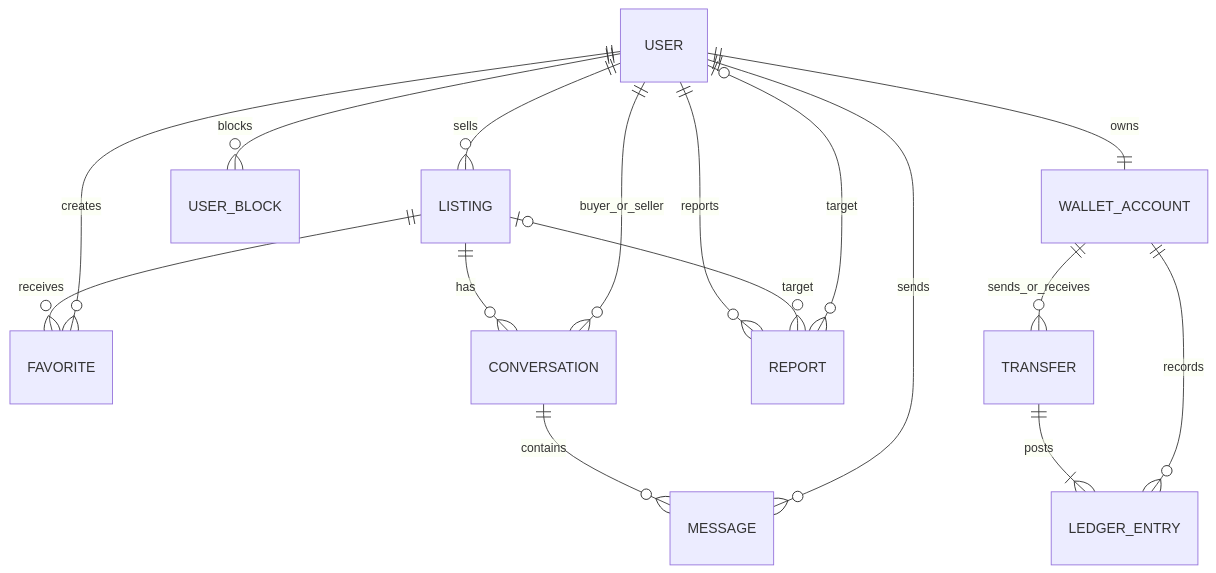
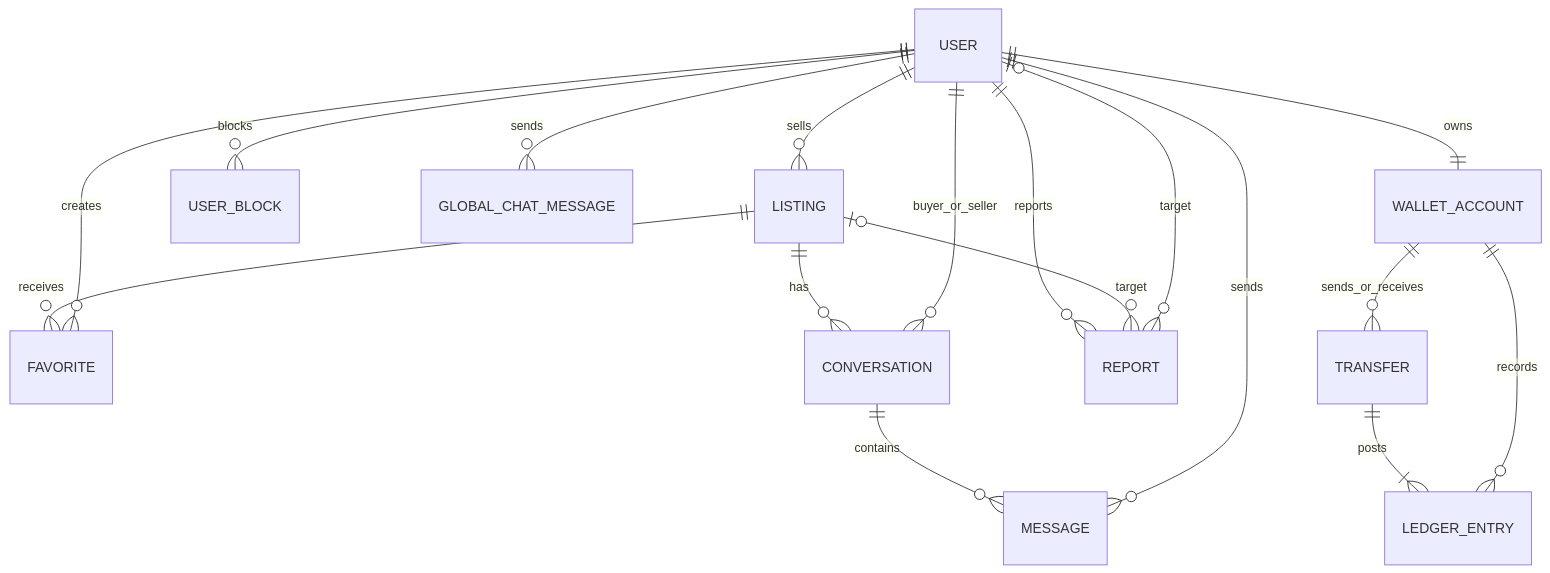
The second of 3 diagrams in docs/09_REPORT_DRAFT.md (harute7660/tiny-secondhand-shopping-platform), drawn with Mermaid before and after one commit. The commit also changed other lines of this file and 50 other files, not shown here.

````diff
--- a/docs/09_REPORT_DRAFT.md
+++ b/docs/09_REPORT_DRAFT.md
@@ -211,18 +214,19 @@
 ```mermaid
 erDiagram
     USER ||--o{ LISTING : sells
     USER ||--o{ USER_BLOCK : blocks
     LISTING ||--o{ FAVORITE : receives
     USER ||--o{ FAVORITE : creates
     LISTING ||--o{ CONVERSATION : has
     USER ||--o{ CONVERSATION : buyer_or_seller
     CONVERSATION ||--o{ MESSAGE : contains
     USER ||--o{ MESSAGE : sends
+    USER ||--o{ GLOBAL_CHAT_MESSAGE : sends
     USER ||--o{ REPORT : reports
     LISTING o|--o{ REPORT : target
     USER o|--o{ REPORT : target
     USER ||--|| WALLET_ACCOUNT : owns
     WALLET_ACCOUNT ||--o{ TRANSFER : sends_or_receives
     TRANSFER ||--|{ LEDGER_ENTRY : posts
     WALLET_ACCOUNT ||--o{ LEDGER_ENTRY : records
 ```
````
